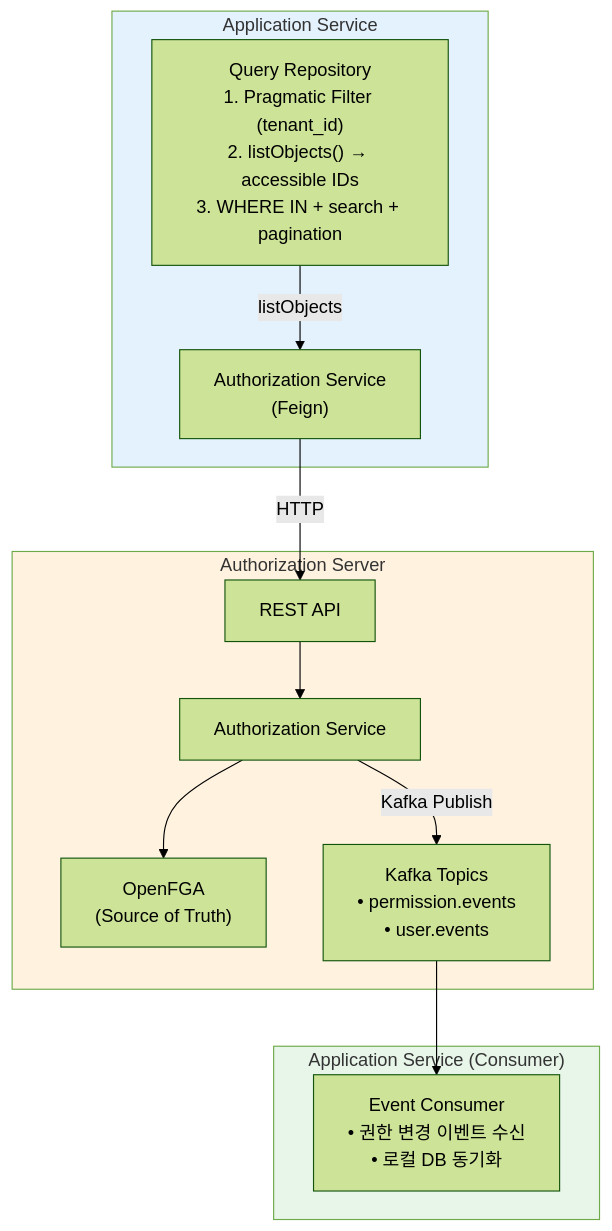
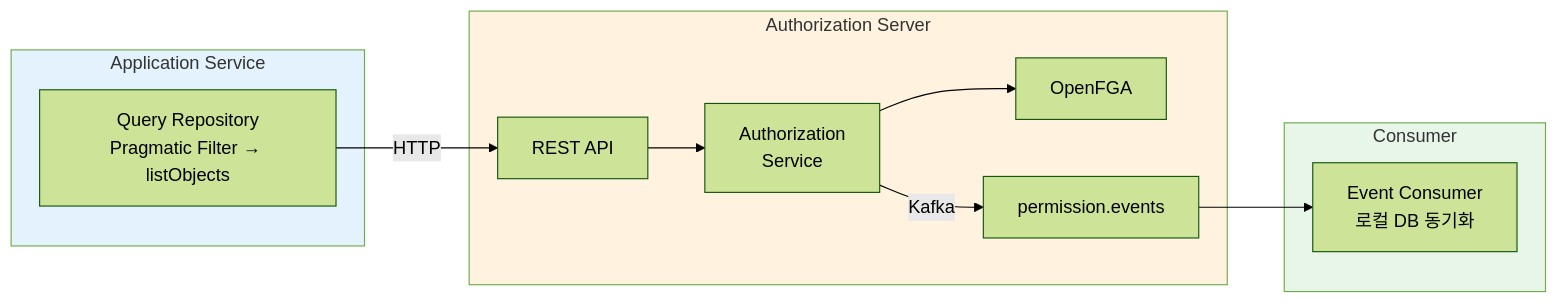
One commit to Gyeom/dev-notes changed the third of 3 diagrams in content/posts/2025-03-05-rebac-pagination-strategy-guide.md. Above: the diagram before and after it, drawn with Mermaid (forest theme). The commit also changed other lines of this file and 1 other file, not shown here.

Commit message:
Improve: 아키텍처 다이어그램을 LR 방향으로 변경
파이프라인 흐름을 표현하는 다이어그램은 TB(위→아래)보다
LR(왼쪽→오른쪽)이 더 자연스럽다.

변경된 다이어그램:
- Materialize 패턴: Write → Sync → Read
- 실제 아키텍처 예시: App → Auth → Consumer
- CQRS 아키텍처: Command → Query

노드 텍스트도 LR 레이아웃에 맞게 간결하게 수정

🤖 Generated with [Claude Code](https://claude.com/claude-code)

````diff
--- a/content/posts/2025-03-05-rebac-pagination-strategy-guide.md
+++ b/content/posts/2025-03-05-rebac-pagination-strategy-guide.md
@@ -562,25 +562,24 @@
 ```mermaid
-flowchart TB
+flowchart LR
     subgraph AppService ["Application Service"]
-        QR["Query Repository<br/>1. Pragmatic Filter (tenant_id)<br/>2. listObjects() → accessible IDs<br/>3. WHERE IN + search + pagination"]
-        QR -->|listObjects| AuthClient["Authorization Service<br/>(Feign)"]
+        QR["Query Repository<br/>Pragmatic Filter → listObjects"]
     end
 
-    AuthClient -->|HTTP| RestAPI
+    QR -->|HTTP| RestAPI
 
     subgraph AuthServer ["Authorization Server"]
-        RestAPI["REST API"] --> AuthSvc["Authorization Service"]
-        AuthSvc --> OpenFGA["OpenFGA<br/>(Source of Truth)"]
-        AuthSvc -->|Kafka Publish| Topics["Kafka Topics<br/>• permission.events<br/>• user.events"]
+        RestAPI["REST API"] --> AuthSvc["Authorization<br/>Service"]
+        AuthSvc --> OpenFGA["OpenFGA"]
+        AuthSvc -->|Kafka| Topics["permission.events"]
     end
 
     Topics --> Consumer
 
-    subgraph AppConsumer ["Application Service (Consumer)"]
-        Consumer["Event Consumer<br/>• 권한 변경 이벤트 수신<br/>• 로컬 DB 동기화"]
+    subgraph AppConsumer ["Consumer"]
+        Consumer["Event Consumer<br/>로컬 DB 동기화"]
     end
 
     style AppService fill:#e3f2fd
     style AuthServer fill:#fff3e0
     style AppConsumer fill:#e8f5e9
 ```
````
